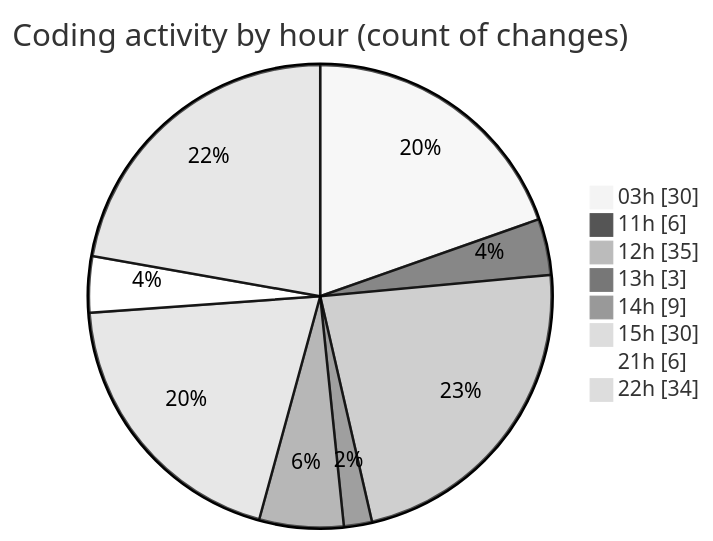
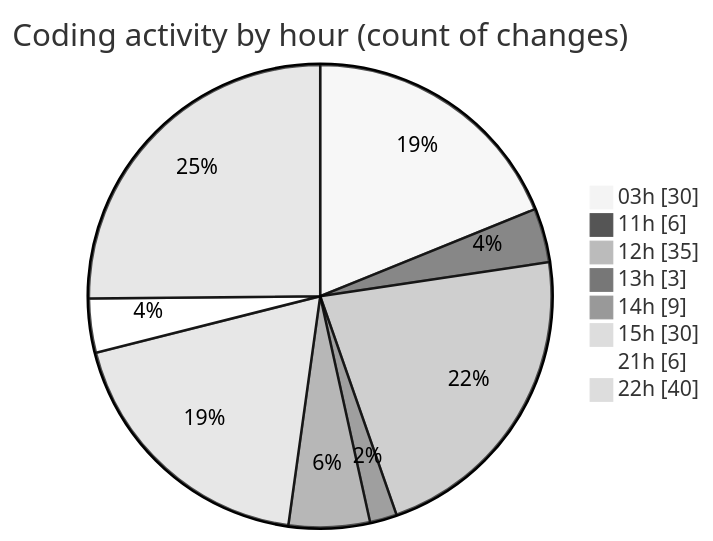
One commit to lephambinh05/code-tracking changed the second of 2 diagrams in 2025-09-13/napxuvn/README.md. Above: the diagram before and after it, drawn with Mermaid (neutral theme). The commit also changed other lines of this file and 1 other file, not shown here.

````diff
--- a/2025-09-13/napxuvn/README.md
+++ b/2025-09-13/napxuvn/README.md
@@ -92,12 +99,12 @@
 ```mermaid
 pie showData
 title Coding activity by hour (count of changes)
 "03h" : 30
 "11h" : 6
 "12h" : 35
 "13h" : 3
 "14h" : 9
 "15h" : 30
 "21h" : 6
-"22h" : 34
+"22h" : 40
 ```
````
